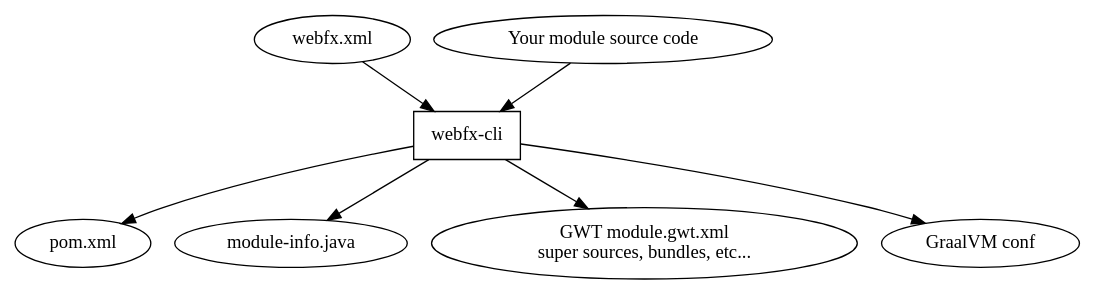
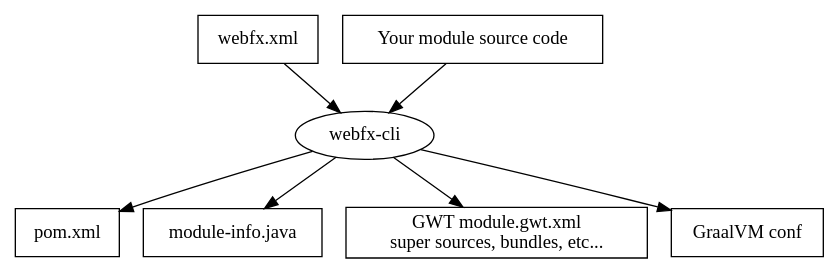
The fourth of 5 diagrams in src/main/asciidoc/WebFX.adoc (webfx-project/webfx-docs), drawn with Graphviz before and after one commit. The commit also changed other lines of this file, not shown here.

Commit message:
Reorganized the Benefits section, and changes the shapes of the WebFX CLI diagram to make it more compaq.

```diff
--- a/src/main/asciidoc/WebFX.adoc
+++ b/src/main/asciidoc/WebFX.adoc
@@ -190,13 +193,14 @@
 [graphviz, wbfx-cli, format=svg]
 ----
 digraph {
-    "webfx-cli" [shape=rectangle];
+    node [ shape=rectangle ];
+    "webfx-cli" [shape=ellipse];
     "webfx.xml" -> "webfx-cli"
     "Your module source code" -> "webfx-cli"
     "webfx-cli" -> "pom.xml"
     "webfx-cli" -> "module-info.java"
     "webfx-cli" -> "GWT module.gwt.xml
 super sources, bundles, etc..."
     "webfx-cli" -> "GraalVM conf"
 }
 ----
```
